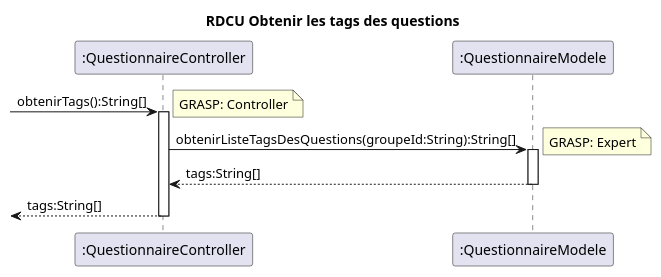
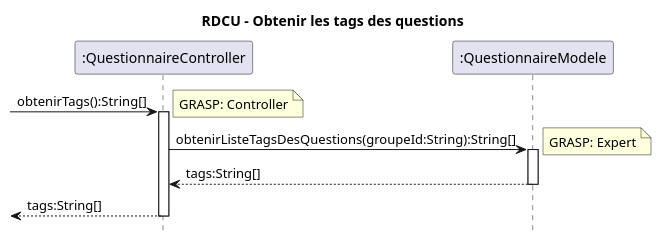
One commit to xMrYahya/moodle-clone changed the diagram in docs/modeles/cu05/rdcu-obtenir-tags.puml. Above: the diagram before and after it, drawn with PlantUML. The commit also changed 20 other files, not shown here.

Commit message:
Retirer Enseignant/UI des RDCU (CU02) et Standardizer RDCU de CU02 et CU05

```diff
--- a/docs/modeles/cu05/rdcu-obtenir-tags.puml
+++ b/docs/modeles/cu05/rdcu-obtenir-tags.puml
@@ -1,14 +1,15 @@
 @startuml
-title RDCU Obtenir les tags des questions
+hide footbox
+title RDCU - Obtenir les tags des questions
 
 participant ":QuestionnaireController" as controller
 participant ":QuestionnaireModele" as questionnaireModele
 
 -> controller ++: obtenirTags():String[]
 note right :GRASP: Controller
 controller -> questionnaireModele ++: obtenirListeTagsDesQuestions(groupeId:String):String[]
 note right :GRASP: Expert
 questionnaireModele --> controller --: tags:String[]
 <-- controller --: tags:String[]
 
 @enduml
```
